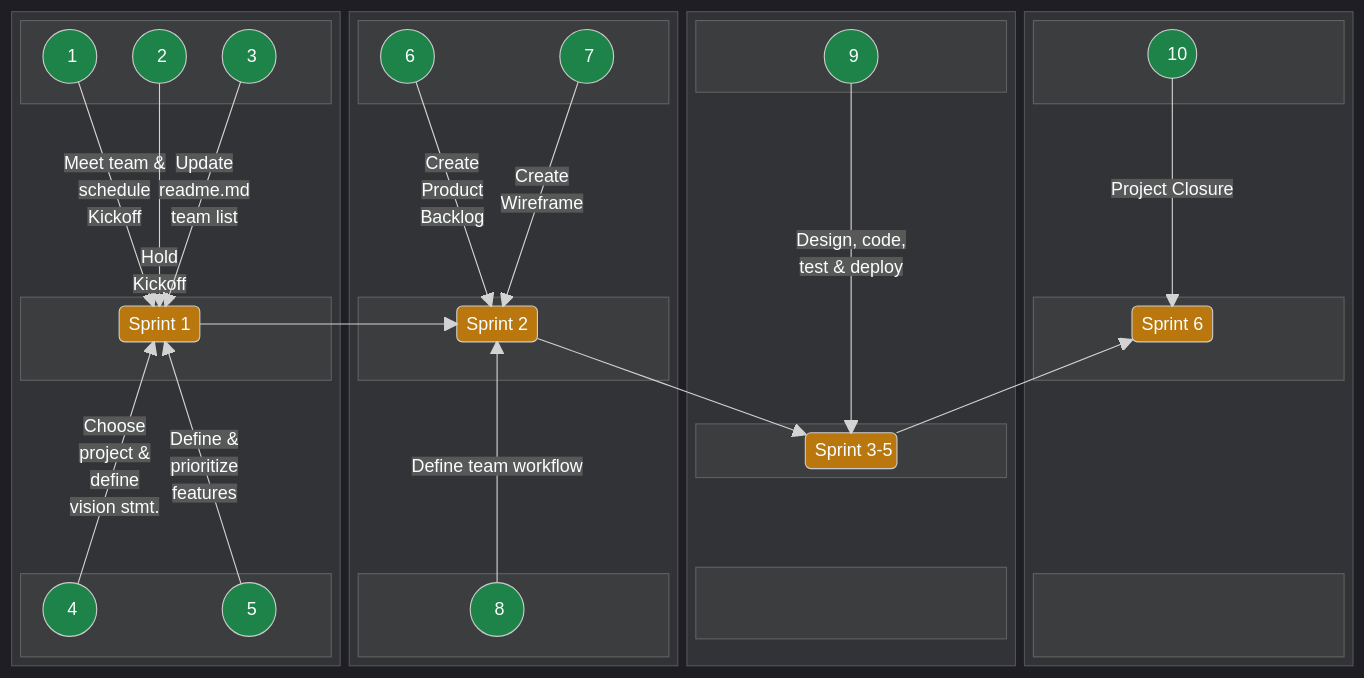
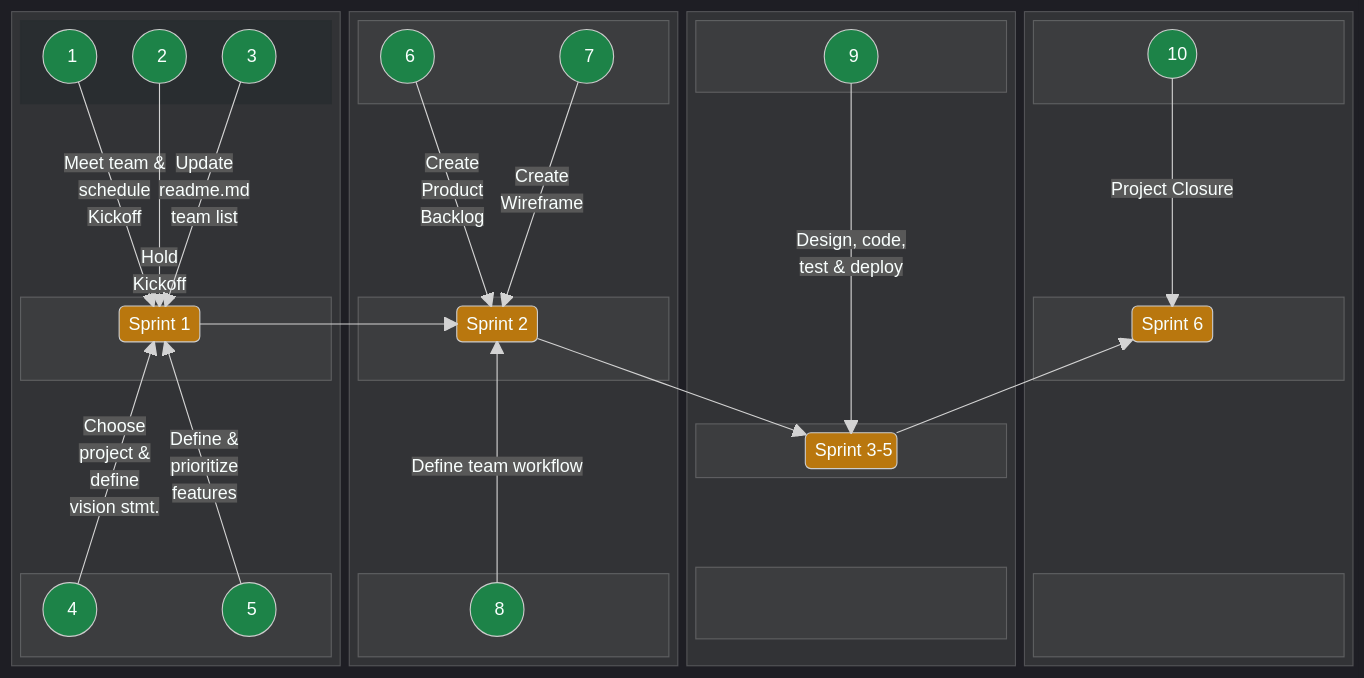
One commit to jdmedlock/mermaid_testing changed the second of 2 diagrams in README.md. Above: the diagram before and after it, drawn with Mermaid.

Commit message:
Feature: Experiment with horizontal block diagram layout

```diff
--- a/README.md
+++ b/README.md
@@ -218,7 +218,7 @@
     SPRINT2 --> SPRINTS35
     SPRINTS35 --> SPRINT6
 
-    style B1TOP stroke:#292d30 fill:#292d30
+    style B1TOP stroke:#292d30,fill:#292d30
 
     style A1 fill:#1d8348
     style A2 fill:#1d8348
```
